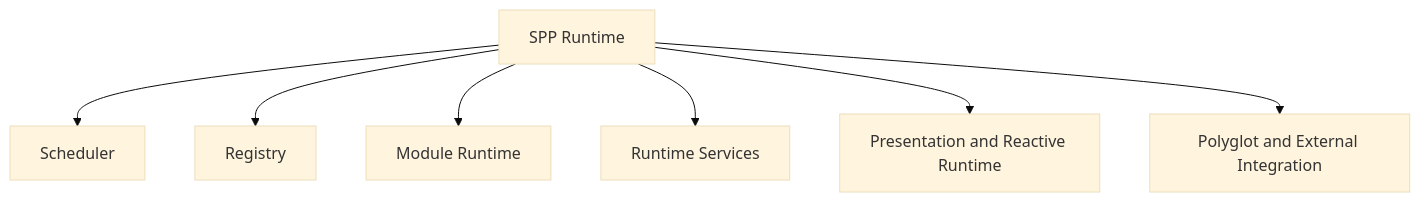
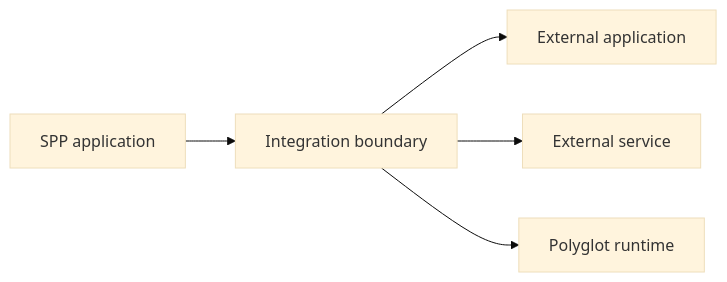
The eighth of 9 diagrams in documentation/handbook/01-getting-started.md (shuklasp/spp), drawn with Mermaid (base theme) before and after one commit. The commit also changed other lines of this file, not shown here.

````diff
--- a/documentation/handbook/01-getting-started.md
+++ b/documentation/handbook/01-getting-started.md
@@ -13,16 +617,7 @@
 ```mermaid
-flowchart TB
-    R[SPP Runtime]
-    S[Scheduler]
-    G[Registry]
-    M[Module Runtime]
-    X[Runtime Services]
-    P[Presentation and Reactive Runtime]
-    Y[Polyglot and External Integration]
-    R --> S
-    R --> G
-    R --> M
-    R --> X
-    R --> P
-    R --> Y
+flowchart LR
+    A[SPP application] --> B[Integration boundary]
+    B --> C[External application]
+    B --> D[External service]
+    B --> E[Polyglot runtime]
 ```
````
